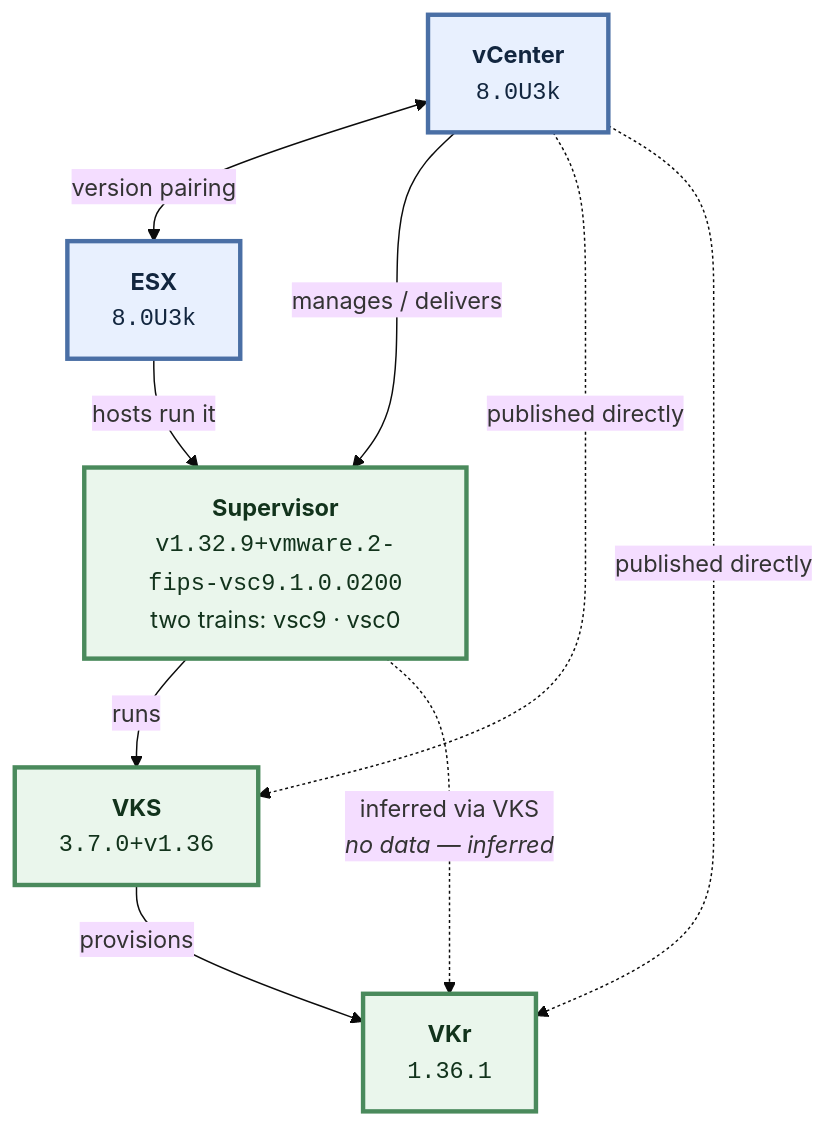
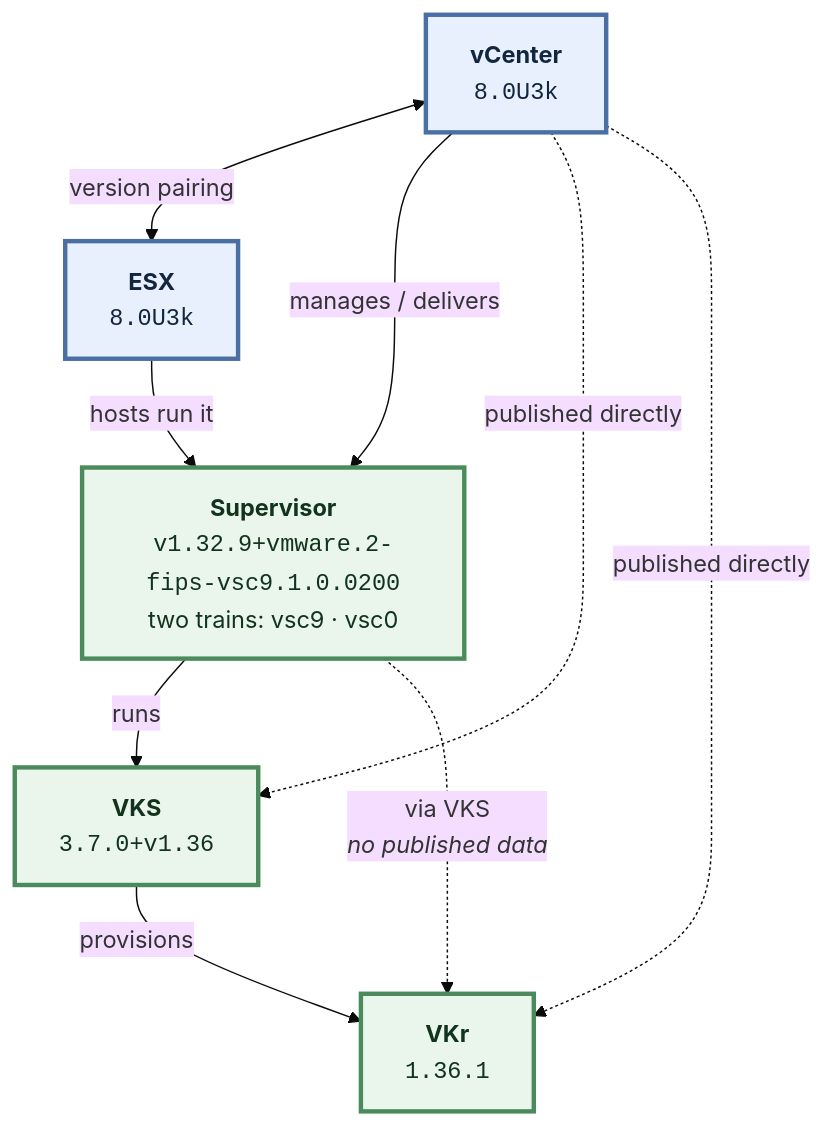
Before and after one commit to warroyo/vkstack: the diagram in docs/model.md, drawn with Mermaid (base theme). The commit also changed 7 other files, not shown here.

````diff
--- a/docs/model.md
+++ b/docs/model.md
@@ -7,22 +7,22 @@
 ```mermaid
 flowchart TD
     VCENTER["<b>vCenter</b><br/><code>8.0U3k</code>"]
     ESX["<b>ESX</b><br/><code>8.0U3k</code>"]
     SUPERVISOR["<b>Supervisor</b><br/><code>v1.32.9+vmware.2-fips-vsc9.1.0.0200</code><br/>two trains: vsc9 · vsc0"]
     VKS["<b>VKS</b><br/><code>3.7.0+v1.36</code>"]
     VKR["<b>VKr</b><br/><code>1.36.1</code>"]
 
     VCENTER <-->|"version pairing"| ESX
     VCENTER -->|"manages / delivers"| SUPERVISOR
     ESX -->|"hosts run it"| SUPERVISOR
     SUPERVISOR -->|"runs"| VKS
     VKS -->|"provisions"| VKR
     VCENTER -.->|"published directly"| VKS
     VCENTER -.->|"published directly"| VKR
-    SUPERVISOR -.->|"inferred via VKS<br/><i>no data — inferred</i>"| VKR
+    SUPERVISOR -.->|"via VKS<br/><i>no published data</i>"| VKR
 
     classDef base fill:#e8f0fe,stroke:#4a6fa5,stroke-width:3px,color:#12263f
     classDef k8s fill:#eaf6ec,stroke:#4a8a5c,stroke-width:3px,color:#12331c
     class VCENTER,ESX base
     class SUPERVISOR,VKS,VKR k8s
 ```
````
